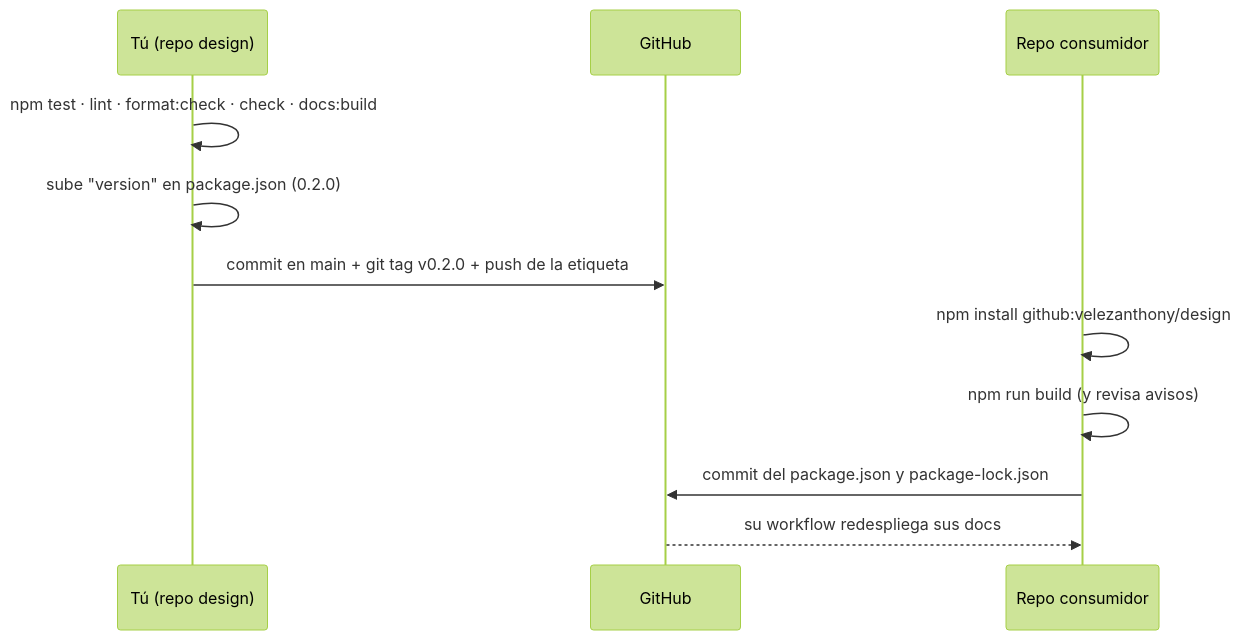
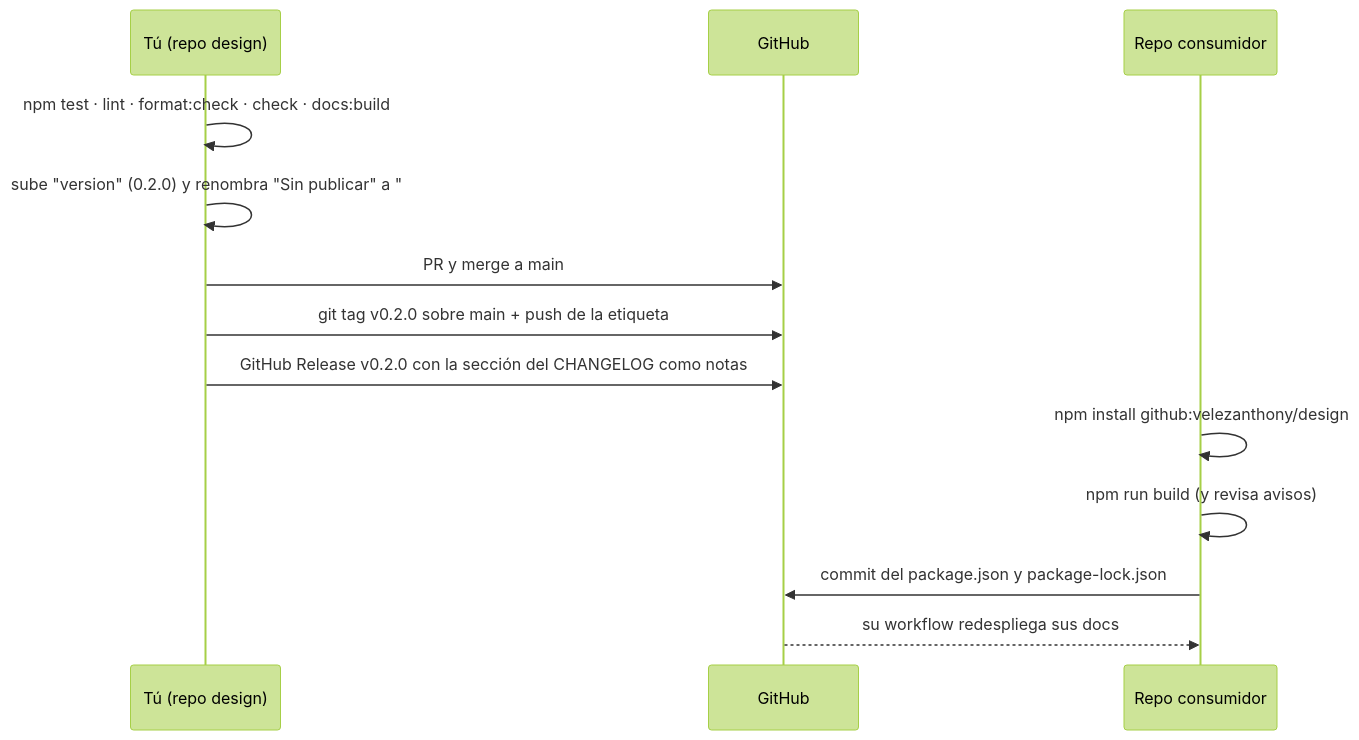
Before and after one commit to velezanthony/design: the diagram in docs/src/content/docs/desarrollo/versiones.md, drawn with Mermaid (forest theme). The commit also changed other lines of this file and 1 other file, not shown here.

Commit message:
docs(release): describe tagging and the GitHub Release after the merge to main

````diff
--- a/docs/src/content/docs/desarrollo/versiones.md
+++ b/docs/src/content/docs/desarrollo/versiones.md
@@ -12,13 +12,15 @@
 ```mermaid
 sequenceDiagram
   participant Y as Tú (repo design)
   participant GH as GitHub
   participant C as Repo consumidor
   Y->>Y: npm test · lint · format:check · check · docs:build
-  Y->>Y: sube "version" en package.json (0.2.0)
-  Y->>GH: commit en main + git tag v0.2.0 + push de la etiqueta
+  Y->>Y: sube "version" (0.2.0) y renombra "Sin publicar" a "## 0.2.0" en CHANGELOG.md
+  Y->>GH: PR y merge a main
+  Y->>GH: git tag v0.2.0 sobre main + push de la etiqueta
+  Y->>GH: GitHub Release v0.2.0 con la sección del CHANGELOG como notas
   C->>C: npm install github:velezanthony/design#v0.2.0
   C->>C: npm run build (y revisa avisos)
   C->>GH: commit del package.json y package-lock.json
   GH-->>C: su workflow redespliega sus docs
 ```
````
